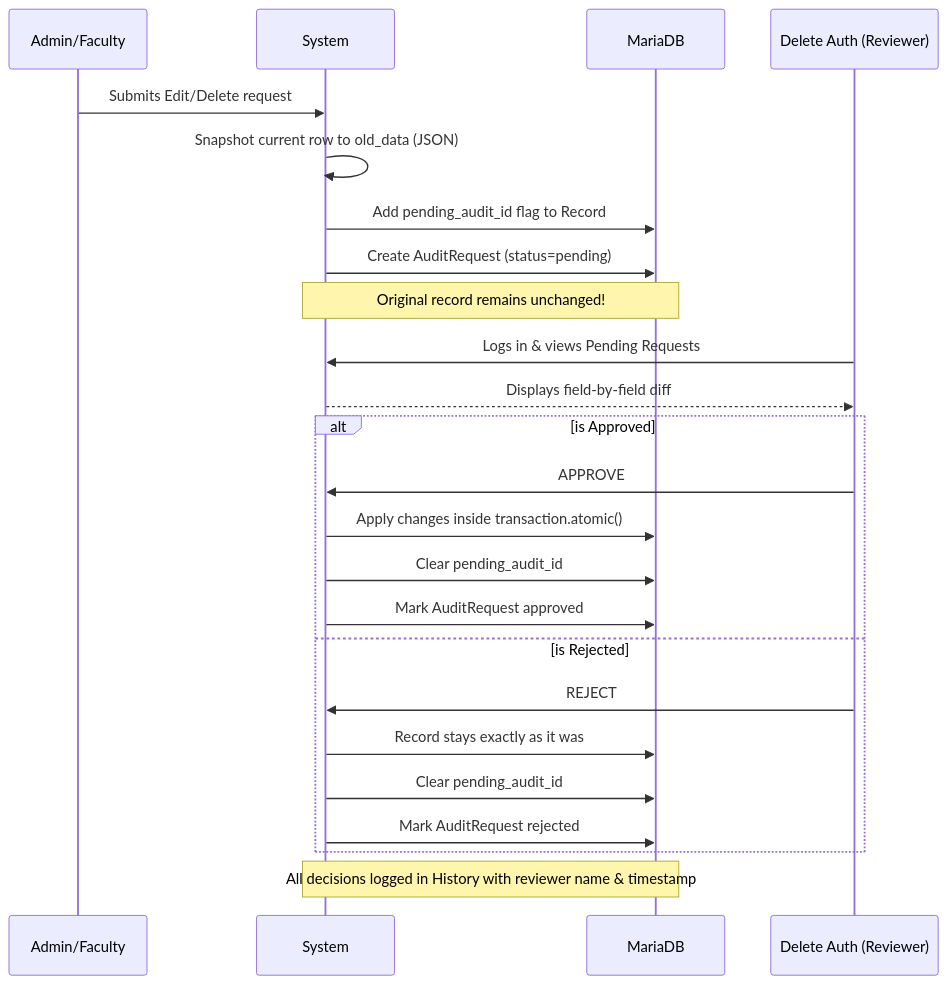
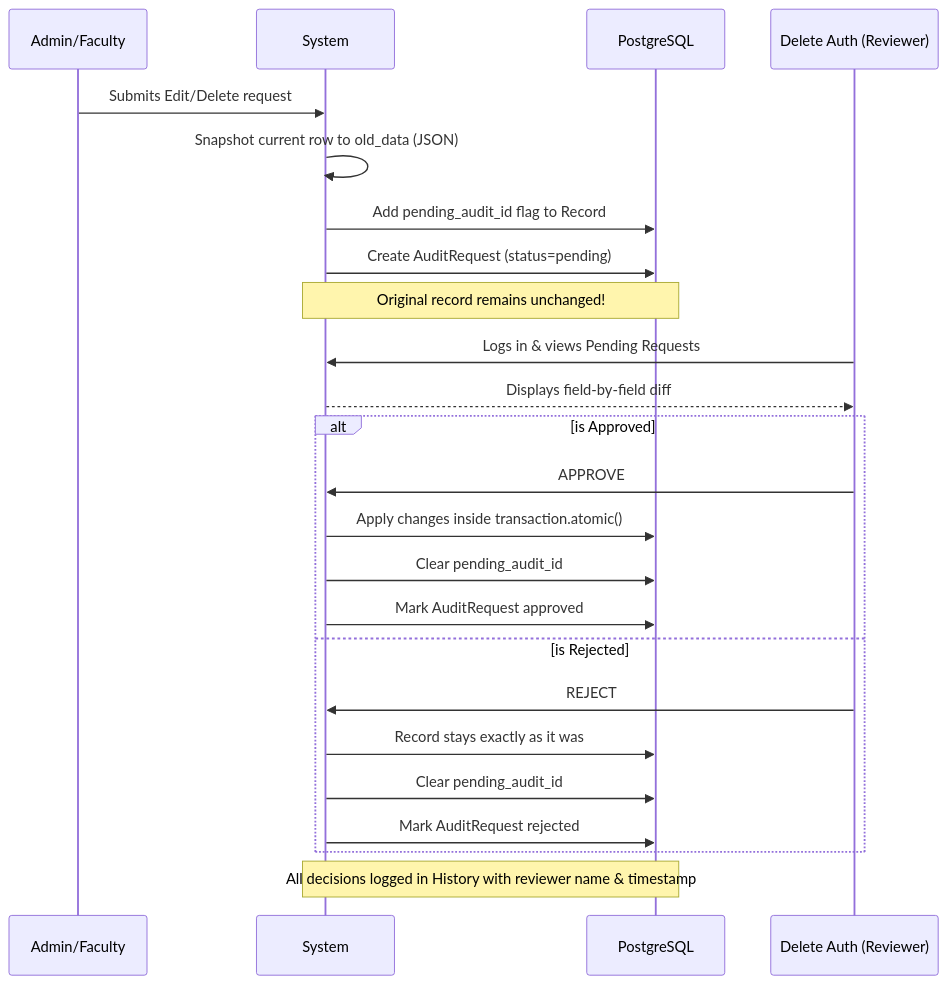
Before and after one commit to aarushchaudhary/nmpralekh: the fourth of 6 diagrams in README.md, drawn with Mermaid. The commit also changed other lines of this file and 18 other files, not shown here.

Commit message:
Migrated to PostgreSQL

````diff
--- a/README.md
+++ b/README.md
@@ -236,30 +236,30 @@
 ```mermaid
 sequenceDiagram
     participant U as Admin/Faculty
     participant S as System
-    participant DB as MariaDB
+    participant DB as PostgreSQL
     participant D as Delete Auth (Reviewer)
     
     U->>S: Submits Edit/Delete request
     S->>S: Snapshot current row to old_data (JSON)
     S->>DB: Add pending_audit_id flag to Record
     S->>DB: Create AuditRequest (status=pending)
     Note over S,DB: Original record remains unchanged!
     
     D->>S: Logs in & views Pending Requests
     S-->>D: Displays field-by-field diff
     
     alt is Approved
         D->>S: APPROVE
         S->>DB: Apply changes inside transaction.atomic()
         S->>DB: Clear pending_audit_id
         S->>DB: Mark AuditRequest approved
     else is Rejected
         D->>S: REJECT
         S->>DB: Record stays exactly as it was
         S->>DB: Clear pending_audit_id
         S->>DB: Mark AuditRequest rejected
     end
     
     Note over S,DB: All decisions logged in History with reviewer name & timestamp
 ```
````
